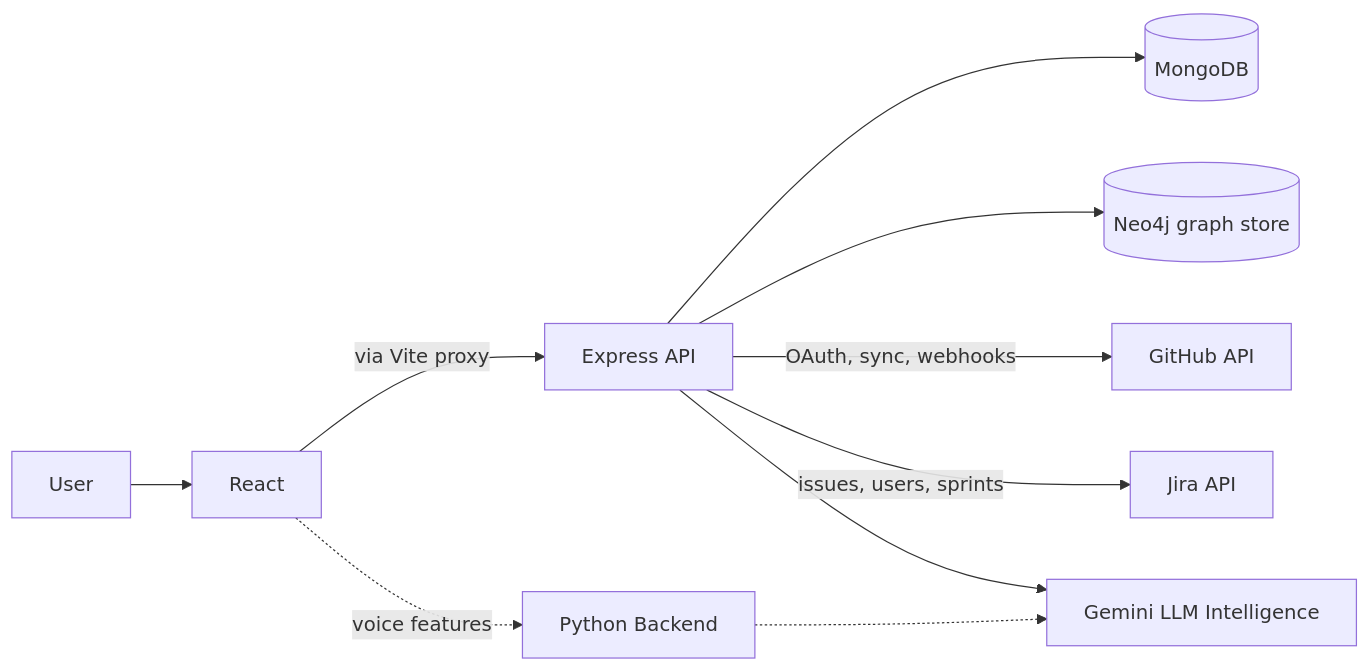
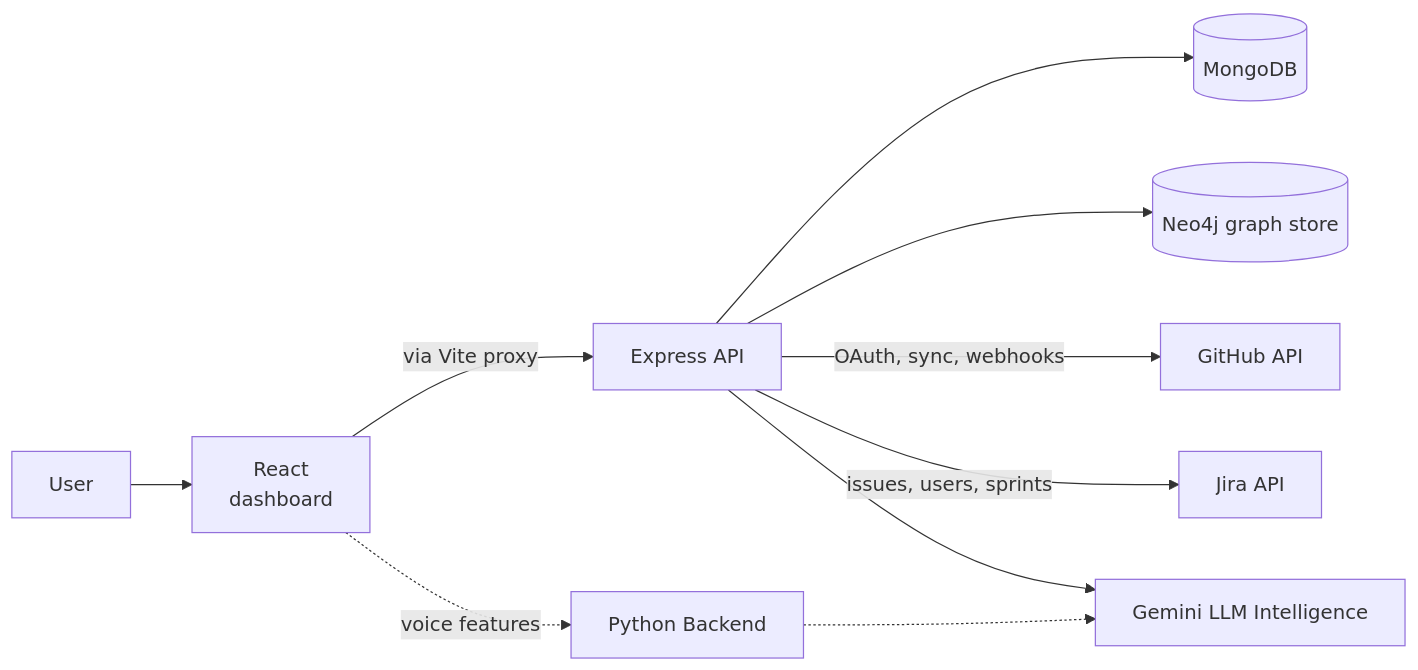
One commit to shwet46/Kaizen changed the diagram in README.md. Above: the diagram before and after it, drawn with Mermaid. The commit also changed other lines of this file, not shown here.

````diff
--- a/README.md
+++ b/README.md
@@ -38,22 +38,22 @@
 ```mermaid
 flowchart LR
 	User[ User]
-	Client[React]
+	Client[React \n dashboard]
 	API[Express API]
 	Mongo[(MongoDB)]
 	Neo4j[(Neo4j graph store)]
 	GitHub[GitHub API]
 	Jira[Jira API]
 	Gemini[Gemini LLM Intelligence]
 	Voice[Python Backend]
 
 	User --> Client
 	Client -->|via Vite proxy| API
 	API --> Mongo
 	API --> Neo4j
 	API -->|OAuth, sync, webhooks| GitHub
 	API -->|issues, users, sprints| Jira
 	API --> Gemini
 	Client -.->|voice features| Voice
 	Voice -.-> Gemini
 ```
````
